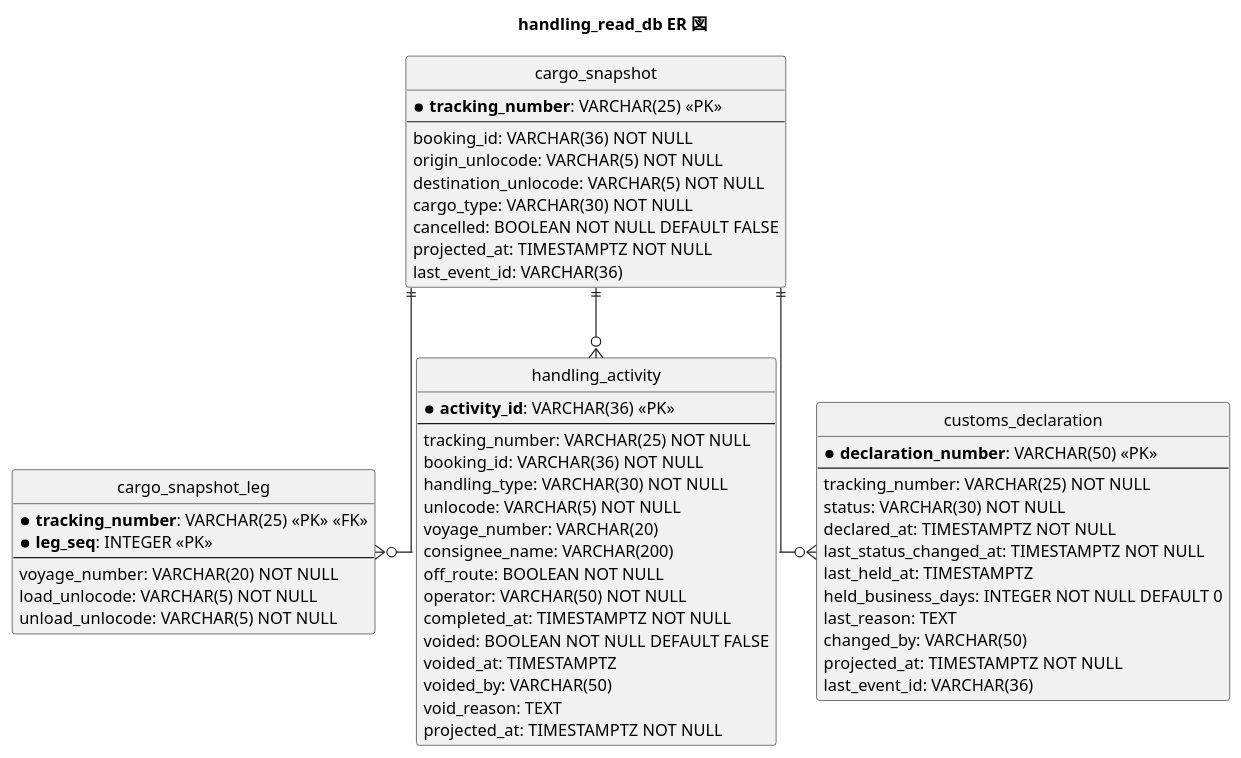
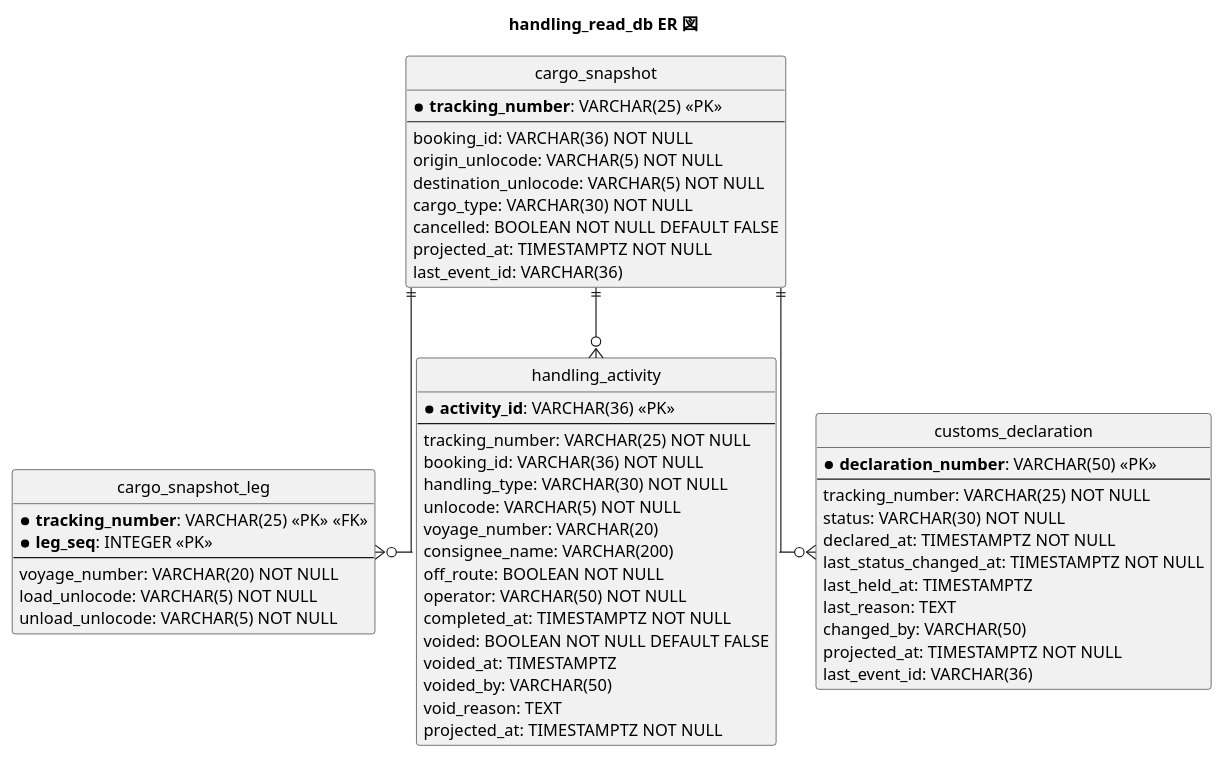
The seventh of 10 diagrams in docs/design/cargo-tracker/data-model.md (k2works/case-study-cargo-tracker), drawn with PlantUML before and after one commit. The commit also changed other lines of this file and 7 other files, not shown here.

````diff
--- a/docs/design/cargo-tracker/data-model.md
+++ b/docs/design/cargo-tracker/data-model.md
@@ -584,67 +584,66 @@
 ```plantuml
 @startuml
 title handling_read_db ER 図
 
 hide circle
 skinparam linetype ortho
 
 entity "cargo_snapshot" as cs {
   * **tracking_number**: VARCHAR(25) <<PK>>
   --
   booking_id: VARCHAR(36) NOT NULL
   origin_unlocode: VARCHAR(5) NOT NULL
   destination_unlocode: VARCHAR(5) NOT NULL
   cargo_type: VARCHAR(30) NOT NULL
   cancelled: BOOLEAN NOT NULL DEFAULT FALSE
   projected_at: TIMESTAMPTZ NOT NULL
   last_event_id: VARCHAR(36)
 }
 
 entity "cargo_snapshot_leg" as csl {
   * **tracking_number**: VARCHAR(25) <<PK>> <<FK>>
   * **leg_seq**: INTEGER <<PK>>
   --
   voyage_number: VARCHAR(20) NOT NULL
   load_unlocode: VARCHAR(5) NOT NULL
   unload_unlocode: VARCHAR(5) NOT NULL
 }
 
 entity "handling_activity" as ha {
   * **activity_id**: VARCHAR(36) <<PK>>
   --
   tracking_number: VARCHAR(25) NOT NULL
   booking_id: VARCHAR(36) NOT NULL
   handling_type: VARCHAR(30) NOT NULL
   unlocode: VARCHAR(5) NOT NULL
   voyage_number: VARCHAR(20)
   consignee_name: VARCHAR(200)
   off_route: BOOLEAN NOT NULL
   operator: VARCHAR(50) NOT NULL
   completed_at: TIMESTAMPTZ NOT NULL
   voided: BOOLEAN NOT NULL DEFAULT FALSE
   voided_at: TIMESTAMPTZ
   voided_by: VARCHAR(50)
   void_reason: TEXT
   projected_at: TIMESTAMPTZ NOT NULL
 }
 
 entity "customs_declaration" as cd {
   * **declaration_number**: VARCHAR(50) <<PK>>
   --
   tracking_number: VARCHAR(25) NOT NULL
   status: VARCHAR(30) NOT NULL
   declared_at: TIMESTAMPTZ NOT NULL
   last_status_changed_at: TIMESTAMPTZ NOT NULL
   last_held_at: TIMESTAMPTZ
-  held_business_days: INTEGER NOT NULL DEFAULT 0
   last_reason: TEXT
   changed_by: VARCHAR(50)
   projected_at: TIMESTAMPTZ NOT NULL
   last_event_id: VARCHAR(36)
 }
 
 cs ||--o{ csl
 cs ||--o{ ha
 cs ||--o{ cd
 @enduml
 ```
````
